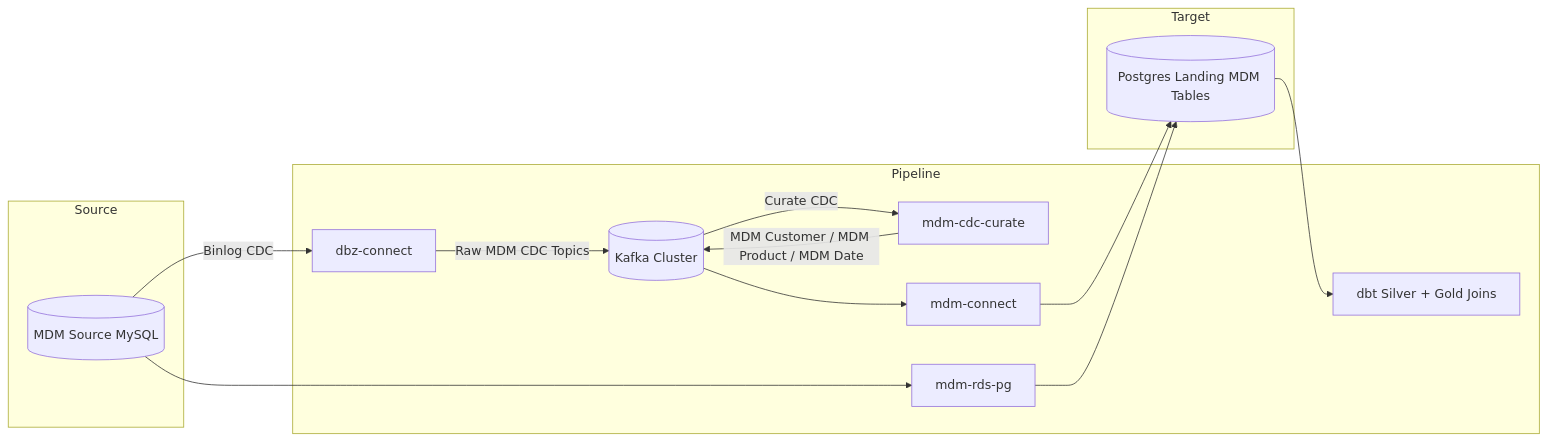
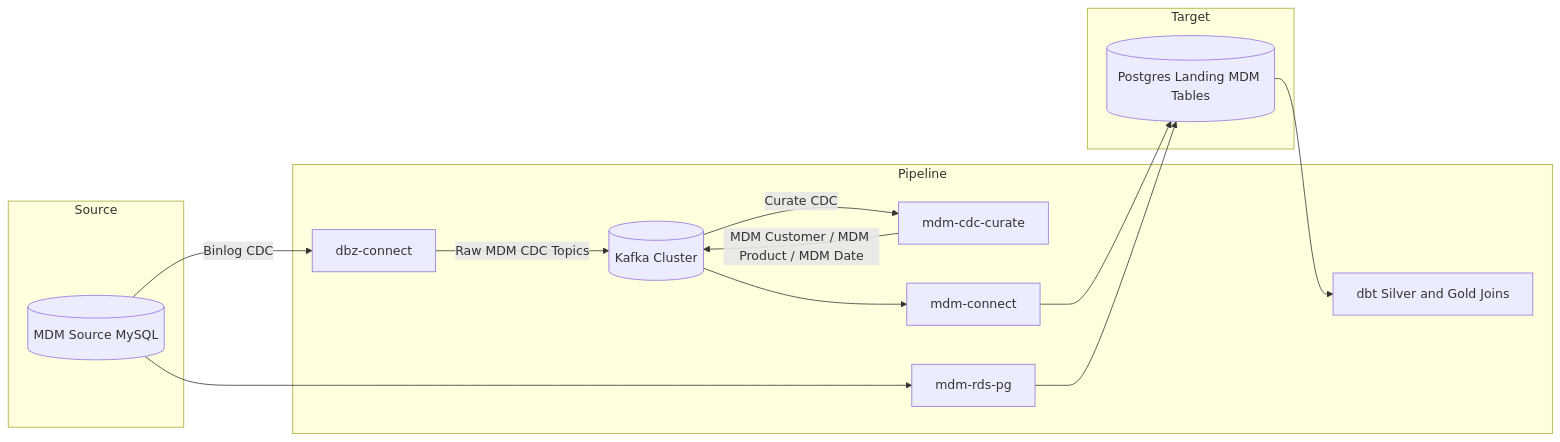
Before and after one commit to paulchen8206/Full-Stack-Modern-Data-Architecture-and-Engineering: the fourth of 9 diagrams in docs/architecture.md, drawn with Mermaid. The commit also changed other lines of this file, not shown here.

````diff
--- a/docs/architecture.md
+++ b/docs/architecture.md
@@ -481,29 +481,29 @@
 ```mermaid
 flowchart LR
   subgraph S2[Source]
     M[(MDM Source MySQL)]
   end
 
   subgraph P2[Pipeline]
     DBZ[dbz-connect]
     K[(Kafka Cluster)]
     MCP[mdm-cdc-curate]
     MDMK[mdm-connect]
     SP[mdm-rds-pg]
-    DBT[dbt Silver + Gold Joins]
+    DBT[dbt Silver and Gold Joins]
   end
 
   subgraph T2[Target]
     PG[(Postgres Landing MDM Tables)]
   end
 
   M -->|Binlog CDC| DBZ
   DBZ -->|Raw MDM CDC Topics| K
   K -->|Curate CDC| MCP
   MCP -->|MDM Customer / MDM Product / MDM Date| K
   K --> MDMK
   MDMK --> PG
   M --> SP
   SP --> PG
   PG --> DBT
 ```
````
